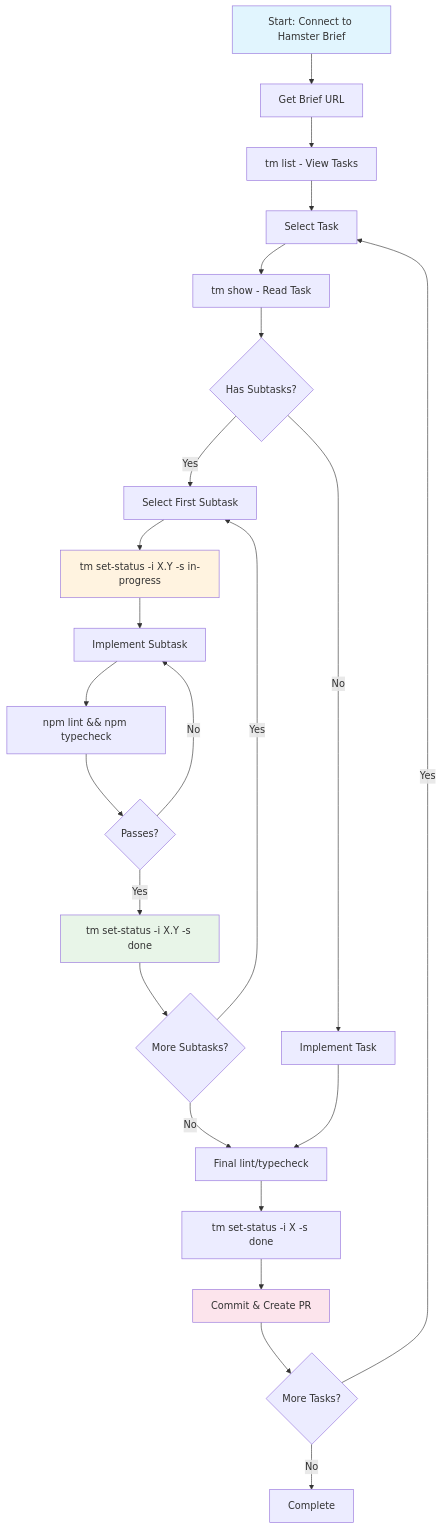
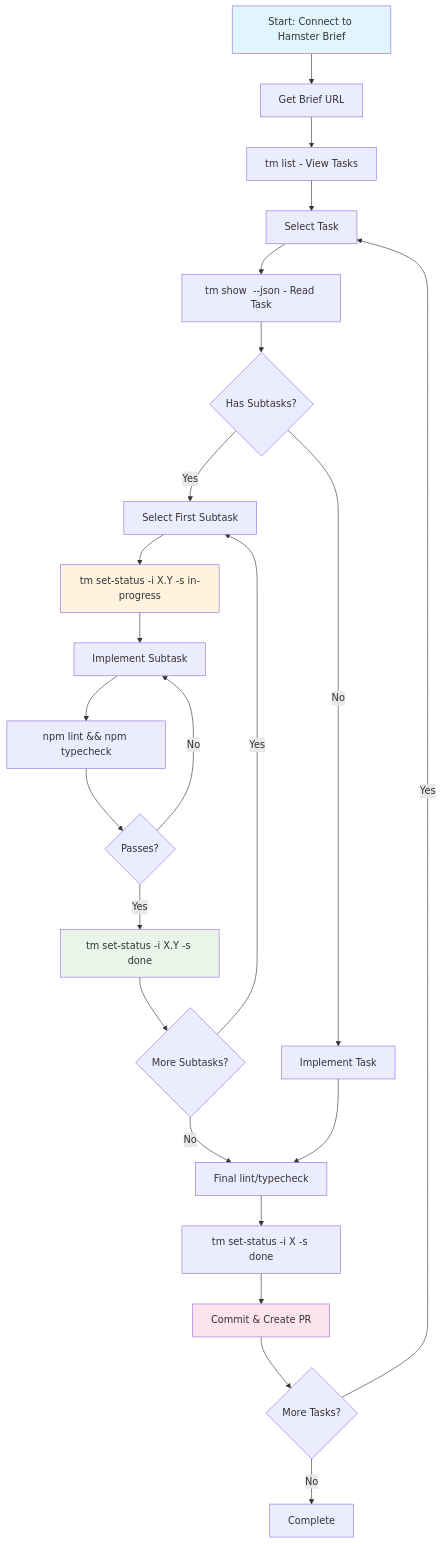
Before and after one commit to eyaltoledano/claude-task-master: the diagram in .cursor/rules/hamster.mdc, drawn with Mermaid. The commit also changed other lines of this file and 15 other files, not shown here.

````diff
--- a/.cursor/rules/hamster.mdc
+++ b/.cursor/rules/hamster.mdc
@@ -130,30 +130,30 @@
 ```mermaid
 flowchart TD
     A[Start: Connect to Hamster Brief] --> B[Get Brief URL]
     B --> C[tm list - View Tasks]
     C --> D[Select Task]
-    D --> E[tm show <id> - Read Task]
+    D --> E[tm show <id> --json - Read Task]
     E --> F{Has Subtasks?}
     F -->|Yes| G[Select First Subtask]
     F -->|No| M[Implement Task]
     G --> H[tm set-status -i X.Y -s in-progress]
     H --> I[Implement Subtask]
     I --> J[npm lint && npm typecheck]
     J --> K{Passes?}
     K -->|Yes| L[tm set-status -i X.Y -s done]
     K -->|No| I
     L --> N{More Subtasks?}
     N -->|Yes| G
     N -->|No| O[Final lint/typecheck]
     M --> O
     O --> P[tm set-status -i X -s done]
     P --> Q[Commit & Create PR]
     Q --> R{More Tasks?}
     R -->|Yes| D
     R -->|No| S[Complete]
     
     style A fill:#e1f5fe
     style H fill:#fff3e0
     style L fill:#e8f5e8
     style Q fill:#fce4ec
 ```
````
